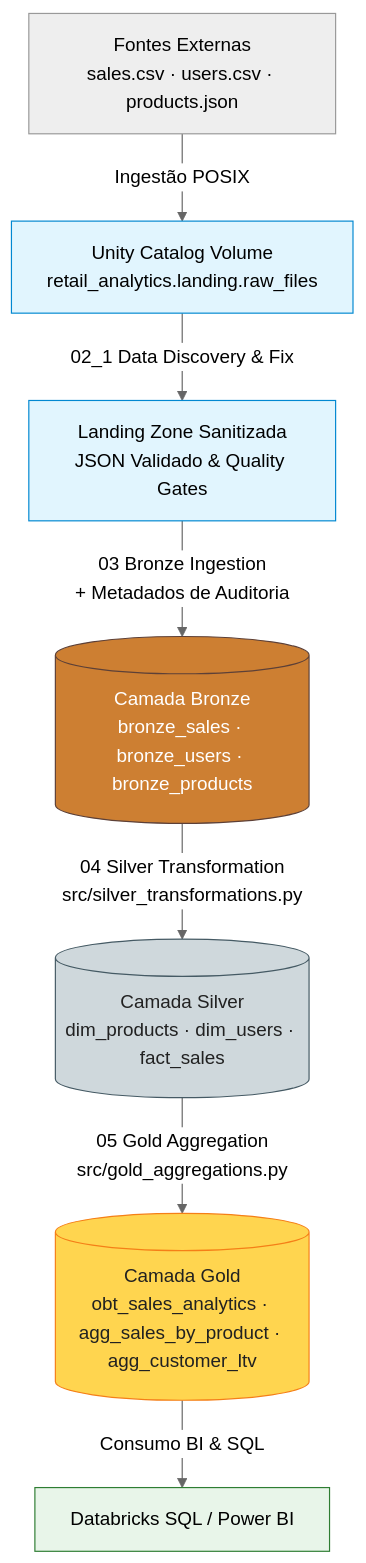
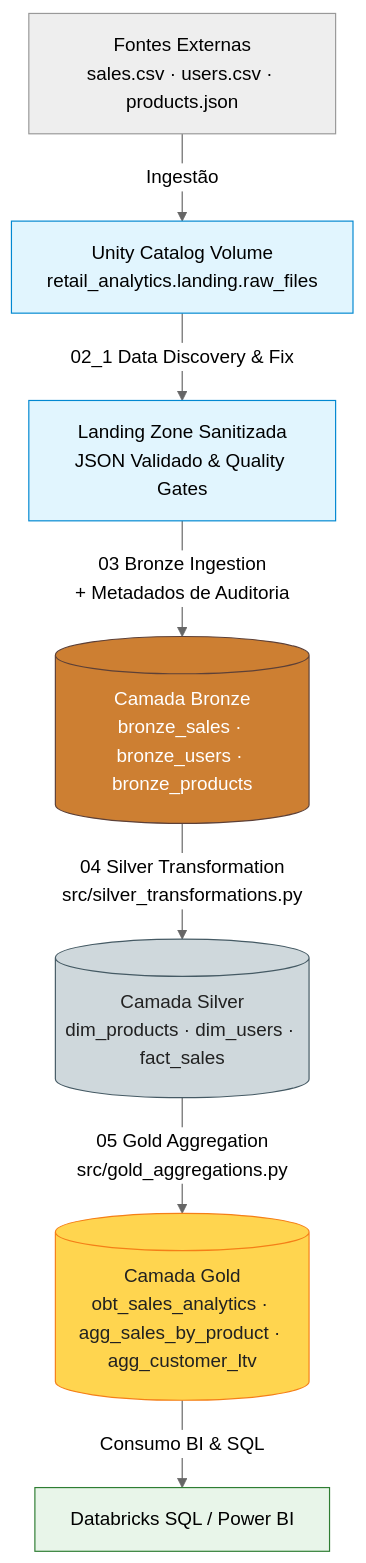
The diagram in README.md (edubello/eb01-Retail-Analytics), drawn with Mermaid (neutral theme) before and after one commit.

````diff
--- a/README.md
+++ b/README.md
@@ -9,28 +9,28 @@
 ```mermaid
 graph TD
     %% Fontes Externas e Landing Zone
-    Ext[Fontes Externas<br/>sales.csv · users.csv · products.json] -->|Ingestão POSIX| Vol[Unity Catalog Volume<br/>retail_analytics.landing.raw_files]
+    Ext[Fontes Externas<br/>sales.csv · users.csv · products.json] -->|Ingestão| Vol[Unity Catalog Volume<br/>retail_analytics.landing.raw_files]
 
     %% Data Discovery & Sanitização
     Vol -->|02_1 Data Discovery & Fix| CleanVol[Landing Zone Sanitizada<br/>JSON Validado & Quality Gates]
 
     %% Camada Bronze
     CleanVol -->|03 Bronze Ingestion<br/>+ Metadados de Auditoria| Bronze[(Camada Bronze<br/>bronze_sales · bronze_users · bronze_products)]
 
     %% Camada Silver
     Bronze -->|04 Silver Transformation<br/>src/silver_transformations.py| Silver[(Camada Silver<br/>dim_products · dim_users · fact_sales)]
 
     %% Camada Gold
     Silver -->|05 Gold Aggregation<br/>src/gold_aggregations.py| Gold[(Camada Gold<br/>obt_sales_analytics · agg_sales_by_product · agg_customer_ltv)]
 
     %% Consumo Analítico
     Gold -->|Consumo BI & SQL| BI[Databricks SQL / Power BI]
 
     style Vol fill:#e1f5fe,stroke:#0288d1,stroke-width:1px
     style CleanVol fill:#e1f5fe,stroke:#0288d1,stroke-width:1px
     style Bronze fill:#cd7f32,stroke:#5d4037,stroke-width:1px,color:#fff
     style Silver fill:#cfd8dc,stroke:#455a64,stroke-width:1px,color:#212121
     style Gold fill:#ffd54f,stroke:#f57f17,stroke-width:1px,color:#212121
     style BI fill:#e8f5e9,stroke:#2e7d32,stroke-width:1px
 
 ```
````
